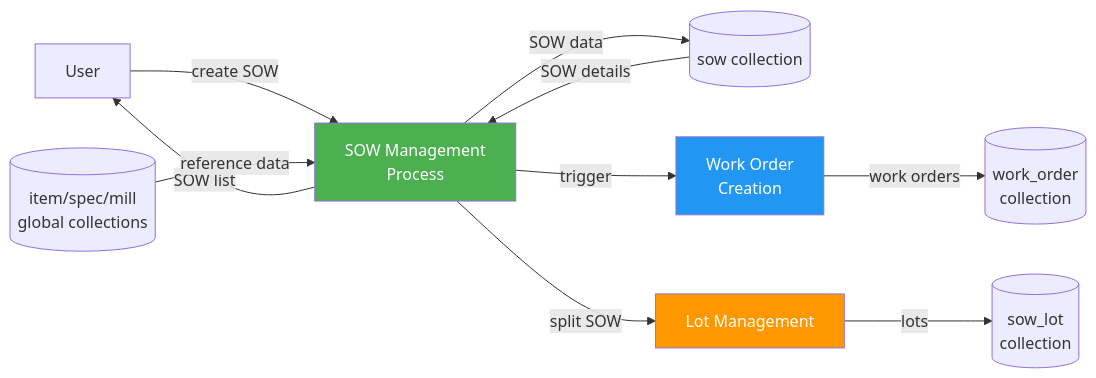
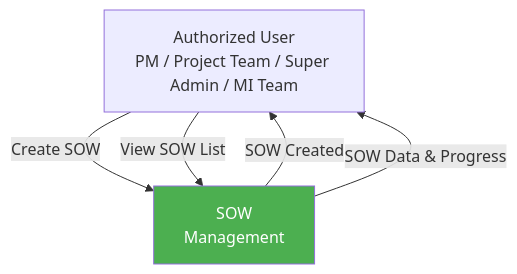
The second of 12 diagrams in docs/TDD/07-Data-Flow-Diagrams.md (faizalmuzakki/pipeline-docs), drawn with Mermaid before and after one commit. The commit also changed other lines of this file and 35 other files, not shown here.

````diff
--- a/docs/TDD/07-Data-Flow-Diagrams.md
+++ b/docs/TDD/07-Data-Flow-Diagrams.md
@@ -83,20 +91,12 @@
 ```mermaid
-graph LR
-    USER[User] -->|create SOW| SOW_PROCESS[SOW Management<br/>Process]
-    SOW_PROCESS -->|SOW data| SOW_DB[(sow collection)]
+graph TB
+    USER[Authorized User<br/>PM / Project Team / Super Admin / MI Team]
 
-    SOW_DB -->|SOW details| SOW_PROCESS
-    SOW_PROCESS -->|SOW list| USER
+    USER -->|Create SOW| SOW_MGT[SOW<br/>Management]
+    SOW_MGT -->|SOW Created| USER
 
-    GLOBAL_DB[(item/spec/mill<br/>global collections)] -->|reference data| SOW_PROCESS
+    USER -->|View SOW List| SOW_MGT
+    SOW_MGT -->|SOW Data & Progress| USER
 
-    SOW_PROCESS -->|trigger| WO_PROCESS[Work Order<br/>Creation]
-    WO_PROCESS -->|work orders| WO_DB[(work_order<br/>collection)]
-
-    SOW_PROCESS -->|split SOW| LOT_PROCESS[Lot Management]
-    LOT_PROCESS -->|lots| LOT_DB[(sow_lot<br/>collection)]
-
-    style SOW_PROCESS fill:#4CAF50,color:#fff
-    style WO_PROCESS fill:#2196F3,color:#fff
-    style LOT_PROCESS fill:#FF9800,color:#fff
+    style SOW_MGT fill:#4CAF50,color:#fff
 ```
````
